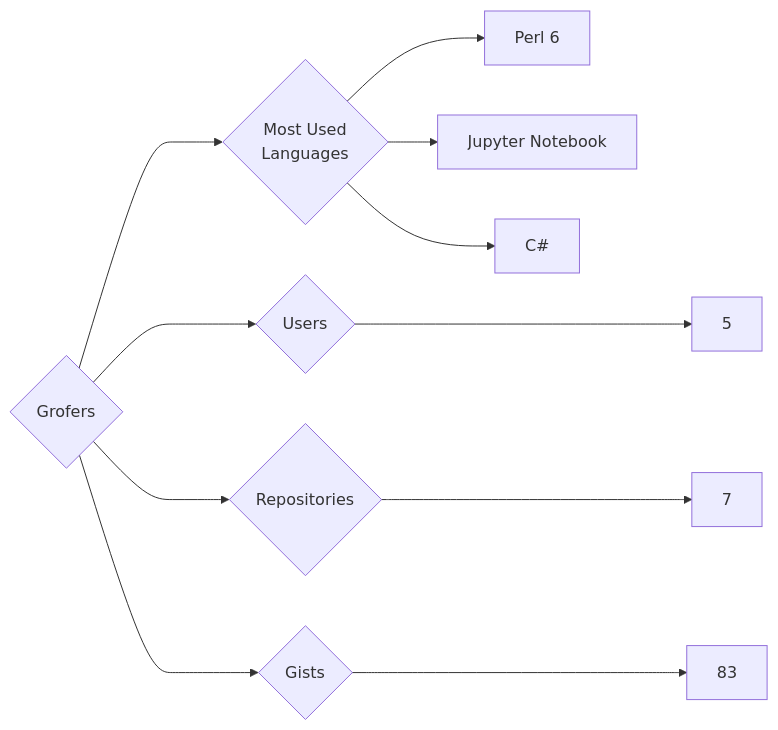
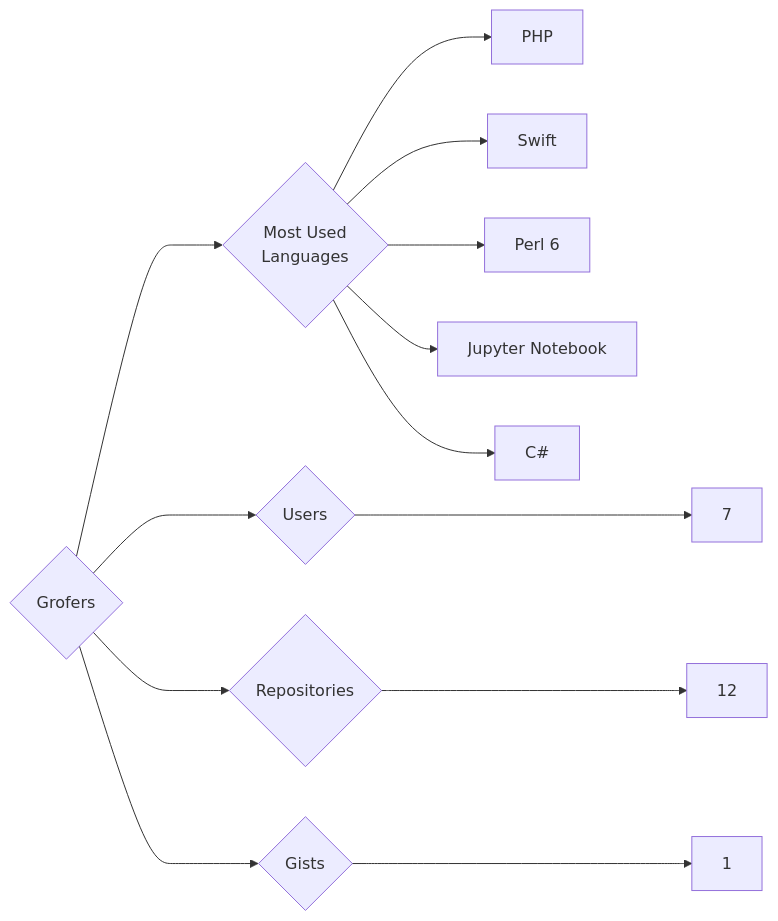
The diagram in targets/Grofers/README.md (trickest/insiders), drawn with Mermaid before and after one commit. The commit also changed 997 other files, not shown here.

````diff
--- a/targets/Grofers/README.md
+++ b/targets/Grofers/README.md
@@ -3,11 +3,13 @@
 ```mermaid
 graph LR
 COMPANY_NAME{Grofers}
-COMPANY_NAME ---> U{Users} ---> UN[5]
-COMPANY_NAME ---> R{Repositories} ---> RN[7]
-COMPANY_NAME ---> G{Gists} ---> GN[83]
+COMPANY_NAME ---> U{Users} ---> UN[7]
+COMPANY_NAME ---> R{Repositories} ---> RN[12]
+COMPANY_NAME ---> G{Gists} ---> GN[1]
 COMPANY_NAME ---> ML{Most Used<br>Languages}
+ML --> PHP[PHP]
+ML --> Swift[Swift]
 ML --> Perl_6[Perl 6]
 ML --> Jupyter_Notebook[Jupyter Notebook]
 ML --> C#[C#]
 ```
````
